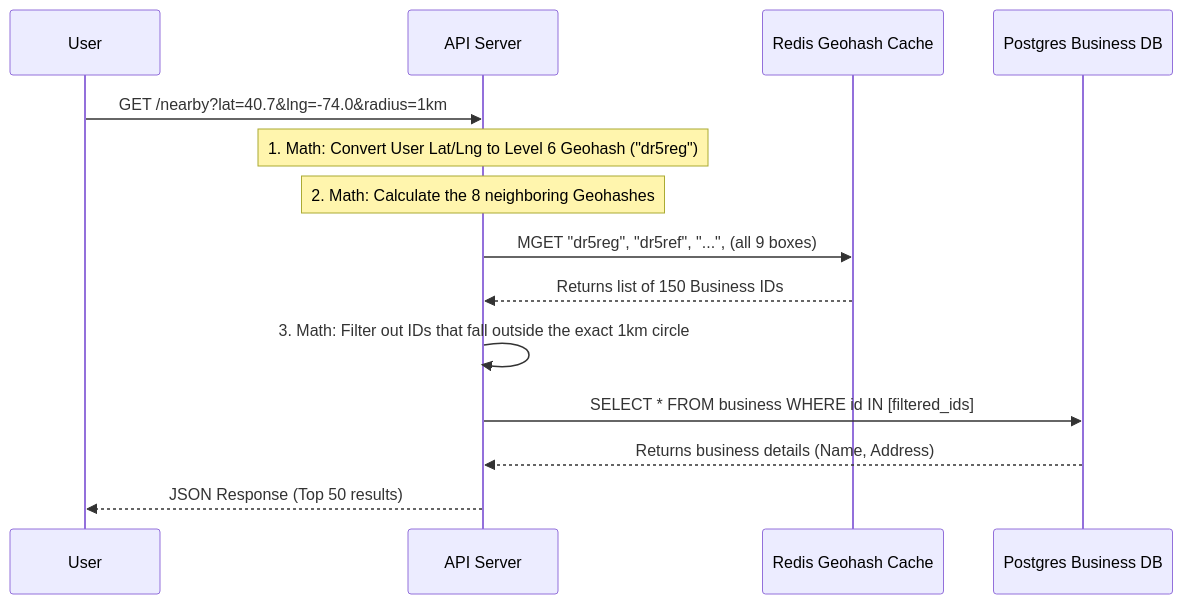
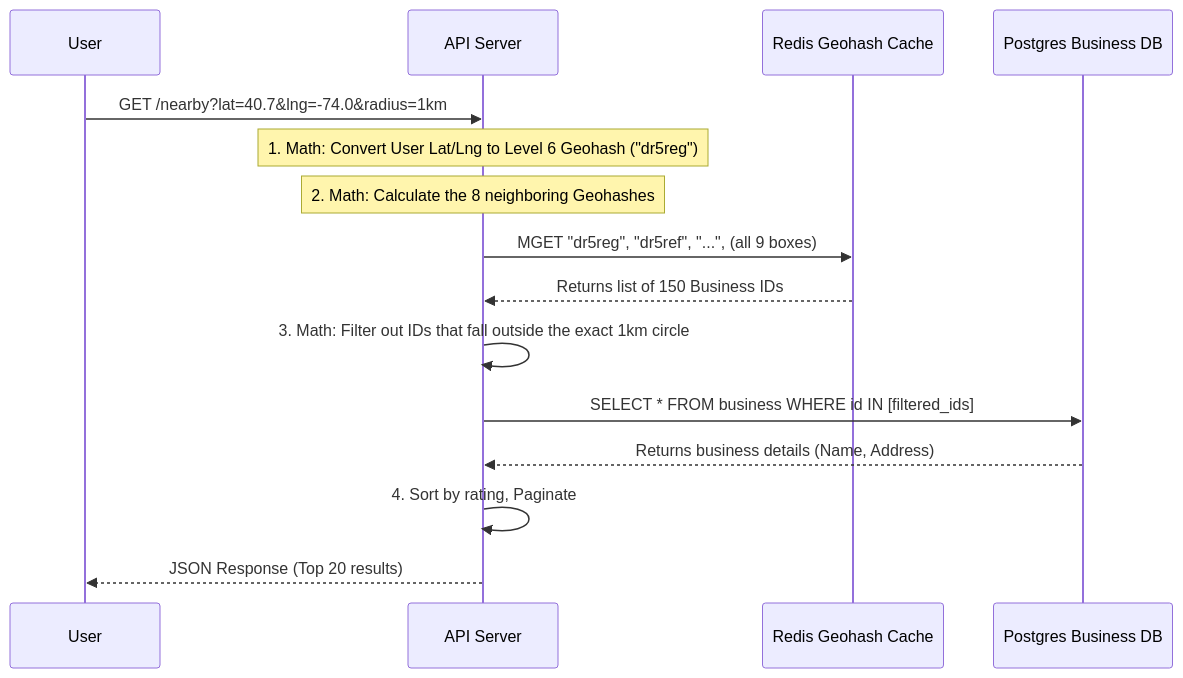
The diagram in HLD_Vol2/chapter_1/design_a_proximity_service.md (Gbirla06/systemDesign), drawn with Mermaid before and after one commit. The commit also changed other lines of this file and 2 other files, not shown here.

````diff
--- a/HLD_Vol2/chapter_1/design_a_proximity_service.md
+++ b/HLD_Vol2/chapter_1/design_a_proximity_service.md
@@ -184,22 +213,24 @@
 ```mermaid
 sequenceDiagram
     participant User
     participant AppSvr as API Server
     participant Cache as Redis Geohash Cache
     participant DB as Postgres Business DB
 
     User->>AppSvr: GET /nearby?lat=40.7&lng=-74.0&radius=1km
     
     Note over AppSvr: 1. Math: Convert User Lat/Lng to Level 6 Geohash ("dr5reg")
     Note over AppSvr: 2. Math: Calculate the 8 neighboring Geohashes
     
     AppSvr->>Cache: MGET "dr5reg", "dr5ref", "...", (all 9 boxes)
     Cache-->>AppSvr: Returns list of 150 Business IDs
     
     AppSvr->>AppSvr: 3. Math: Filter out IDs that fall outside the exact 1km circle
     
     AppSvr->>DB: SELECT * FROM business WHERE id IN [filtered_ids]
     DB-->>AppSvr: Returns business details (Name, Address)
     
-    AppSvr-->>User: JSON Response (Top 50 results)
+    AppSvr->>AppSvr: 4. Sort by rating, Paginate
+    
+    AppSvr-->>User: JSON Response (Top 20 results)
 ```
````
